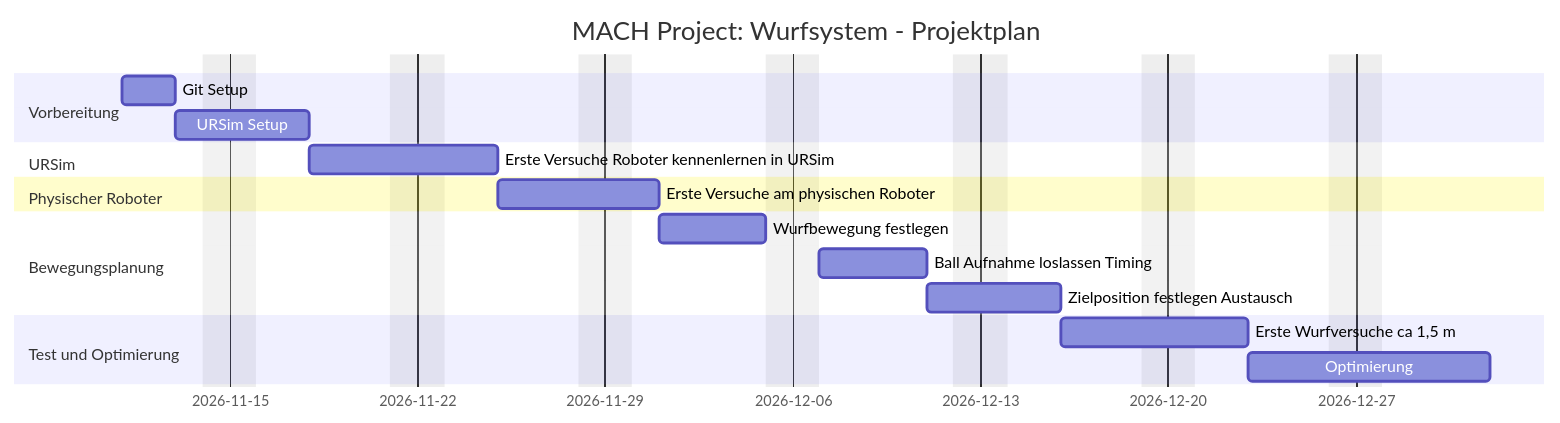
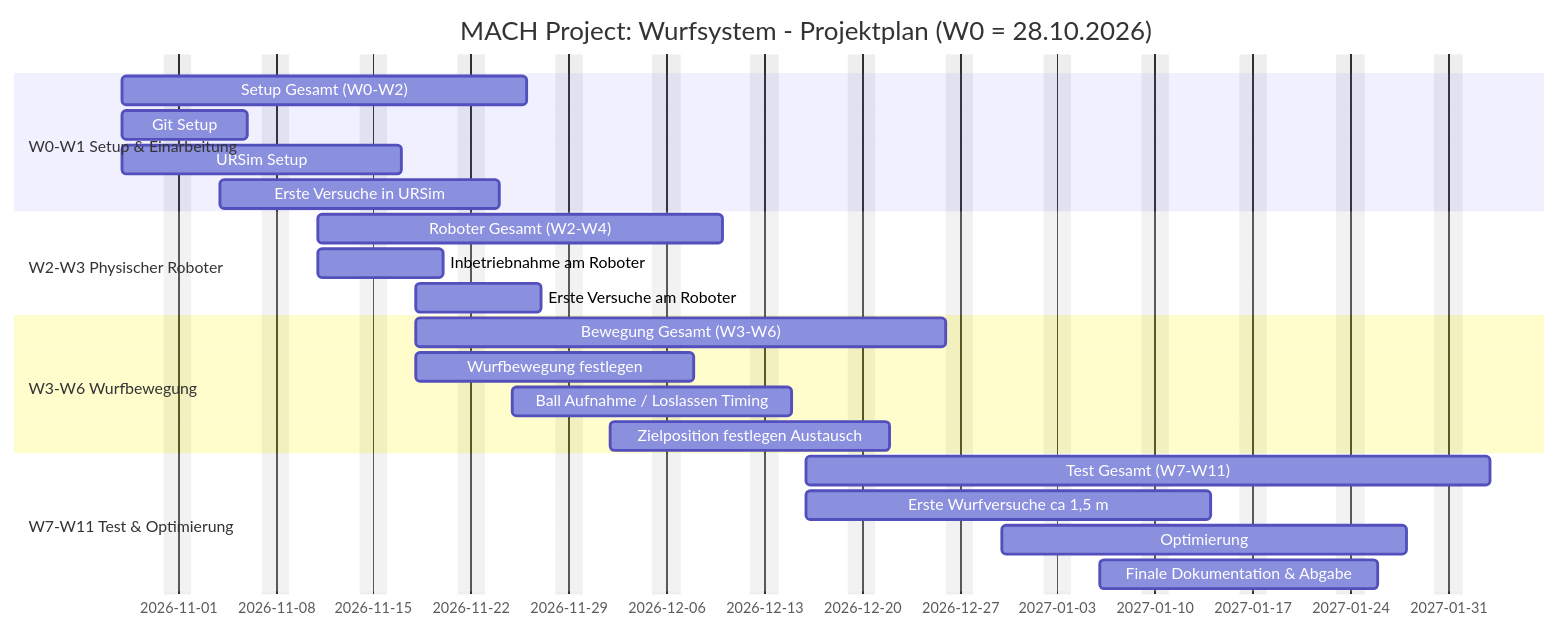
One commit to leoalc-lab/Projekt_ThrowingSystem changed the diagram in PROJEKTPLAN.md. Above: the diagram before and after it, drawn with Mermaid. The commit also changed other lines of this file, not shown here.

Commit message:
Gantt Chart Wochen table

````diff
--- a/PROJEKTPLAN.md
+++ b/PROJEKTPLAN.md
@@ -3,25 +22,29 @@
 ```mermaid
 gantt
-    title MACH Project: Wurfsystem - Projektplan
+    title MACH Project: Wurfsystem - Projektplan (W0 = 28.10.2026)
     dateFormat  YYYY-MM-DD
     excludes    weekends
 
-    section Vorbereitung
-    Git Setup                        :a1, 2026-11-11, 2d
-    URSim Setup                      :a2, after a1, 3d
+    section W0-W1 Setup & Einarbeitung
+    Setup Gesamt (W0-W2)              :s1, 2026-10-28, 21d
+    Git Setup                         :s1a, 2026-10-28, 7d
+    URSim Setup                       :s1b, 2026-10-28, 14d
+    Erste Versuche in URSim           :s1c, 2026-11-04, 14d
 
-    section URSim
-    Erste Versuche Roboter kennenlernen in URSim :a3, after a2, 5d
+    section W2-W3 Physischer Roboter
+    Roboter Gesamt (W2-W4)            :s2, 2026-11-11, 21d
+    Inbetriebnahme am Roboter         :s2a, 2026-11-11, 7d
+    Erste Versuche am Roboter         :s2b, 2026-11-18, 7d
 
-    section Physischer Roboter
-    Erste Versuche am physischen Roboter :a4, after a3, 4d
+    section W3-W6 Wurfbewegung
+    Bewegung Gesamt (W3-W6)           :s3, 2026-11-18, 28d
+    Wurfbewegung festlegen           :s3a, 2026-11-18, 14d
+    Ball Aufnahme / Loslassen Timing  :s3b, 2026-11-25, 14d
+    Zielposition festlegen Austausch  :s3c, 2026-12-02, 14d
 
-    section Bewegungsplanung
-    Wurfbewegung festlegen             :a5, after a4, 4d
-    Ball Aufnahme loslassen Timing     :a6, after a5, 4d
-    Zielposition festlegen Austausch   :a7, after a6, 3d
-
-    section Test und Optimierung
-    Erste Wurfversuche ca 1,5 m        :a8, after a7, 5d
-    Optimierung                        :a9, after a8, 7d
+    section W7-W11 Test & Optimierung
+    Test Gesamt (W7-W11)              :s4, 2026-12-16, 35d
+    Erste Wurfversuche ca 1,5 m       :s4a, 2026-12-16, 21d
+    Optimierung                       :s4b, 2026-12-30, 21d
+    Finale Dokumentation & Abgabe     :s4c, 2027-01-06, 14d
 ```
````
